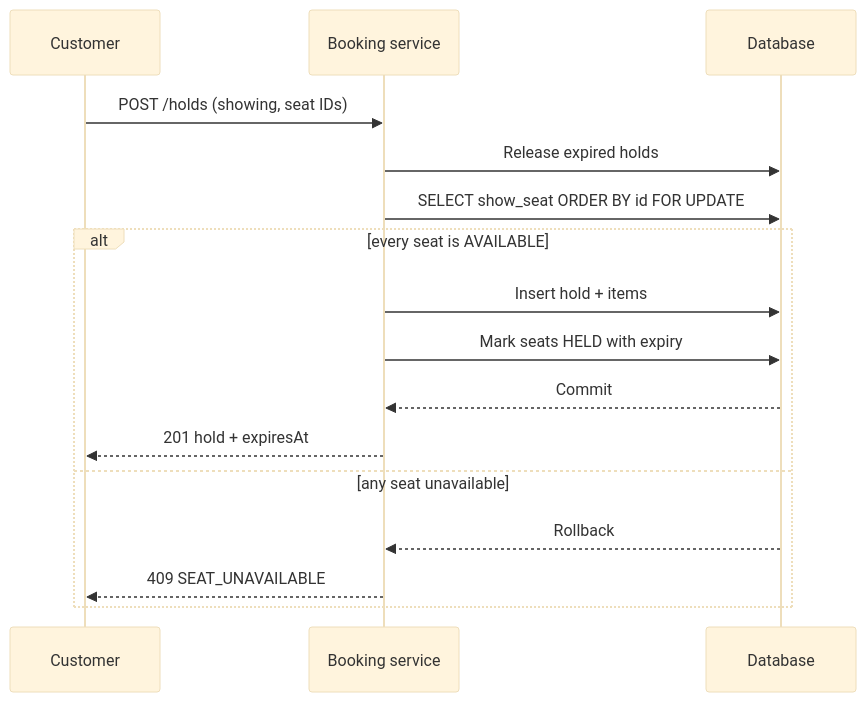
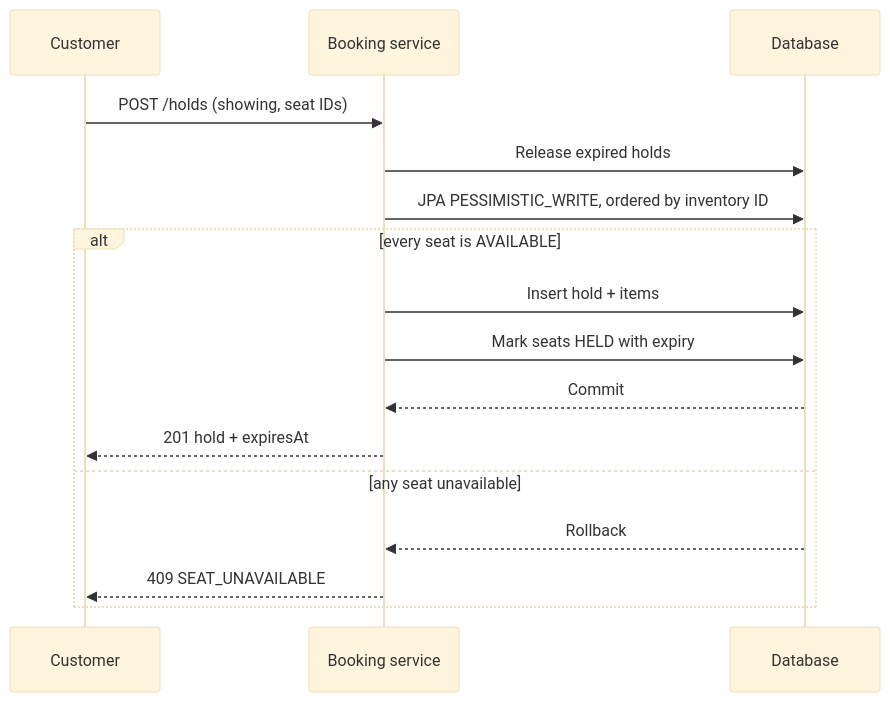
The third of 4 diagrams in docs/architecture/system-design.md (Mayank-Bhati/movie-ticket-booking), drawn with Mermaid (base theme) before and after one commit. The commit also changed other lines of this file and 39 other files, not shown here.

````diff
--- a/docs/architecture/system-design.md
+++ b/docs/architecture/system-design.md
@@ -45,18 +47,18 @@
 ```mermaid
 sequenceDiagram
     participant C as Customer
     participant B as Booking service
     participant DB as Database
     C->>B: POST /holds (showing, seat IDs)
     B->>DB: Release expired holds
-    B->>DB: SELECT show_seat ORDER BY id FOR UPDATE
+    B->>DB: JPA PESSIMISTIC_WRITE, ordered by inventory ID
     alt every seat is AVAILABLE
       B->>DB: Insert hold + items
       B->>DB: Mark seats HELD with expiry
       DB-->>B: Commit
       B-->>C: 201 hold + expiresAt
     else any seat unavailable
       DB-->>B: Rollback
       B-->>C: 409 SEAT_UNAVAILABLE
     end
 ```
````
